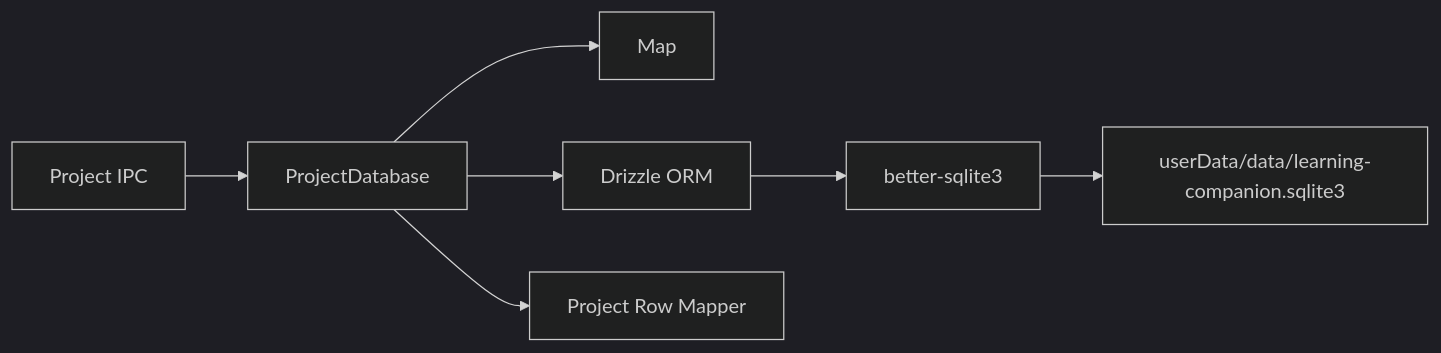
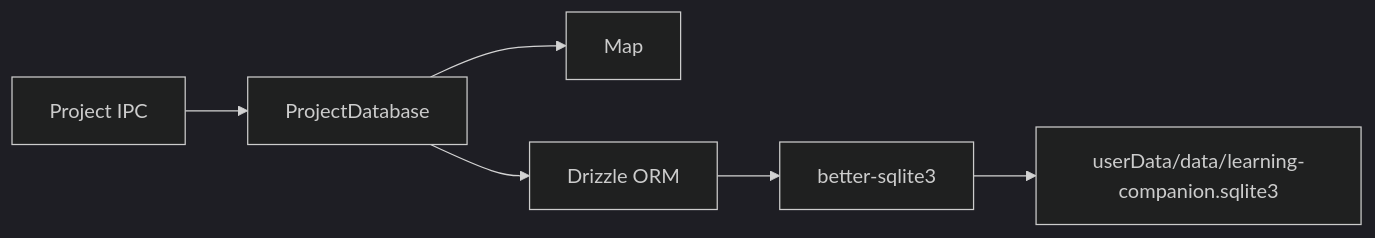
One commit to wu-tian807/learning-companion changed the diagram in docs/superpowers/specs/2026-07-23-project-database-design.md. Above: the diagram before and after it, drawn with Mermaid (dark theme). The commit also changed other lines of this file, not shown here.

Commit message:
文档：简化 Project 数据映射

````diff
--- a/docs/superpowers/specs/2026-07-23-project-database-design.md
+++ b/docs/superpowers/specs/2026-07-23-project-database-design.md
@@ -63,9 +63,8 @@
 ```mermaid
 flowchart LR
     IPC["Project IPC"] --> PDB["ProjectDatabase"]
     PDB --> MAP["Map<string, Project>"]
     PDB --> ORM["Drizzle ORM"]
     ORM --> SQLITE["better-sqlite3"]
     SQLITE --> FILE["userData/data/learning-companion.sqlite3"]
-    PDB --> MAPPER["Project Row Mapper"]
 ```
````
